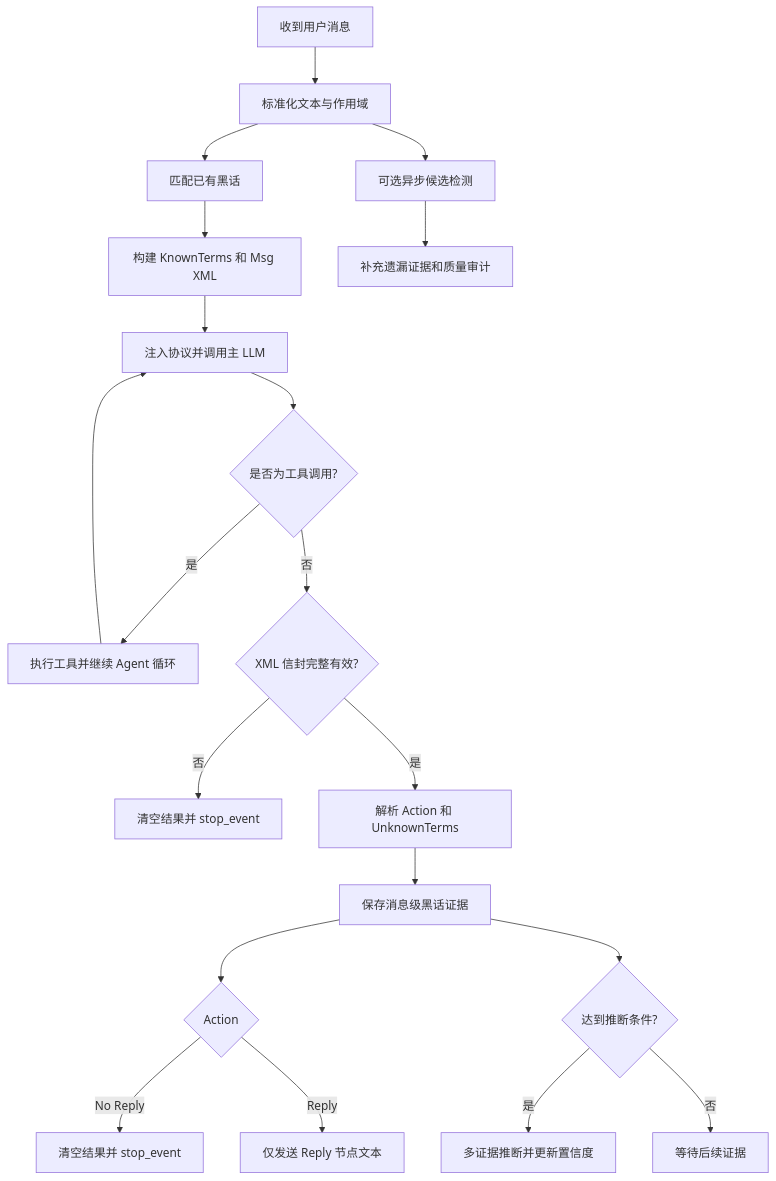
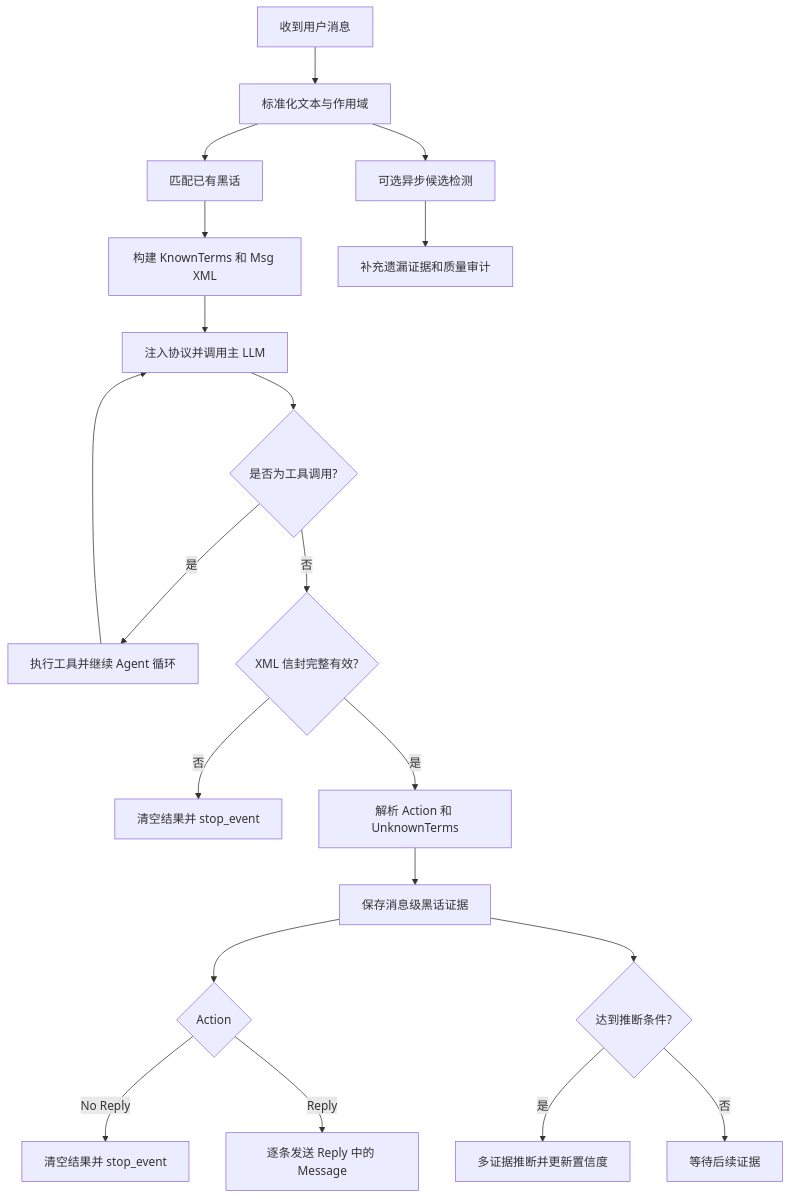
The diagram in PLAN.md (LovieCode/astrbot_plugin_humanize), drawn with Mermaid before and after one commit. The commit also changed other lines of this file, not shown here.

````diff
--- a/PLAN.md
+++ b/PLAN.md
@@ -200,22 +247,22 @@
 ```mermaid
 flowchart TD
     A[收到用户消息] --> B[标准化文本与作用域]
     B --> C[匹配已有黑话]
     C --> D[构建 KnownTerms 和 Msg XML]
     D --> E[注入协议并调用主 LLM]
     E --> F{是否为工具调用?}
     F -- 是 --> G[执行工具并继续 Agent 循环]
     G --> E
     F -- 否 --> H{XML 信封完整有效?}
     H -- 否 --> I[清空结果并 stop_event]
     H -- 是 --> J[解析 Action 和 UnknownTerms]
     J --> K[保存消息级黑话证据]
     K --> L{Action}
     L -- No Reply --> M[清空结果并 stop_event]
-    L -- Reply --> N[仅发送 Reply 节点文本]
+    L -- Reply --> N[逐条发送 Reply 中的 Message]
     B --> O[可选异步候选检测]
     O --> P[补充遗漏证据和质量审计]
     K --> Q{达到推断条件?}
     Q -- 是 --> R[多证据推断并更新置信度]
     Q -- 否 --> S[等待后续证据]
 ```
````
